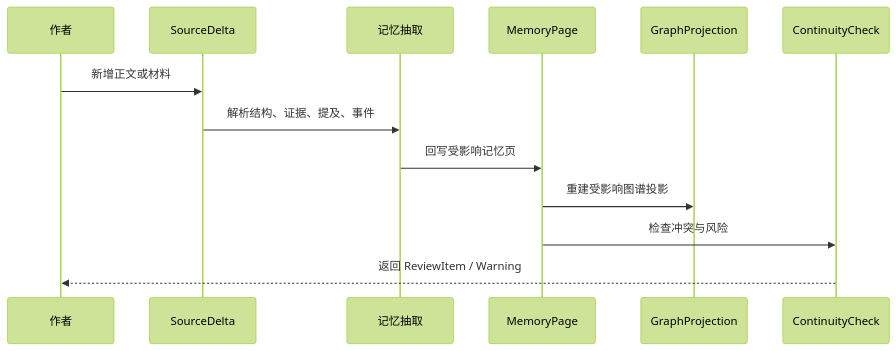
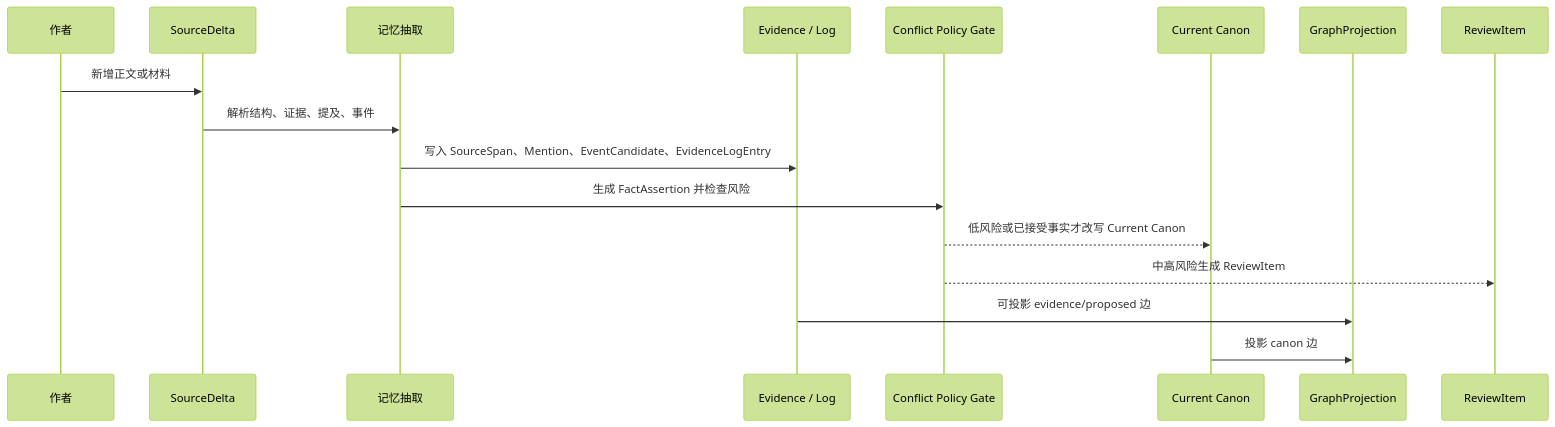
Before and after one commit to FrankQDWang/sextantlabs: the second of 5 diagrams in goals/17-incremental-memory-writeback.md, drawn with Mermaid (forest theme). The commit also changed other lines of this file, not shown here.

Commit message:
Clarify incremental writeback and canon promotion gate

````diff
--- a/goals/17-incremental-memory-writeback.md
+++ b/goals/17-incremental-memory-writeback.md
@@ -48,16 +57,20 @@
 ```mermaid
 sequenceDiagram
     participant User as 作者
     participant Source as SourceDelta
     participant Extract as 记忆抽取
-    participant Page as MemoryPage
+    participant Log as Evidence / Log
+    participant Gate as Conflict Policy Gate
+    participant Canon as Current Canon
     participant Graph as GraphProjection
-    participant Check as ContinuityCheck
+    participant Review as ReviewItem
 
     User->>Source: 新增正文或材料
     Source->>Extract: 解析结构、证据、提及、事件
-    Extract->>Page: 回写受影响记忆页
-    Page->>Graph: 重建受影响图谱投影
-    Page->>Check: 检查冲突与风险
-    Check-->>User: 返回 ReviewItem / Warning
+    Extract->>Log: 写入 SourceSpan、Mention、EventCandidate、EvidenceLogEntry
+    Extract->>Gate: 生成 FactAssertion 并检查风险
+    Gate-->>Canon: 低风险或已接受事实才改写 Current Canon
+    Gate-->>Review: 中高风险生成 ReviewItem
+    Log->>Graph: 可投影 evidence/proposed 边
+    Canon->>Graph: 投影 canon 边
 ```
````
